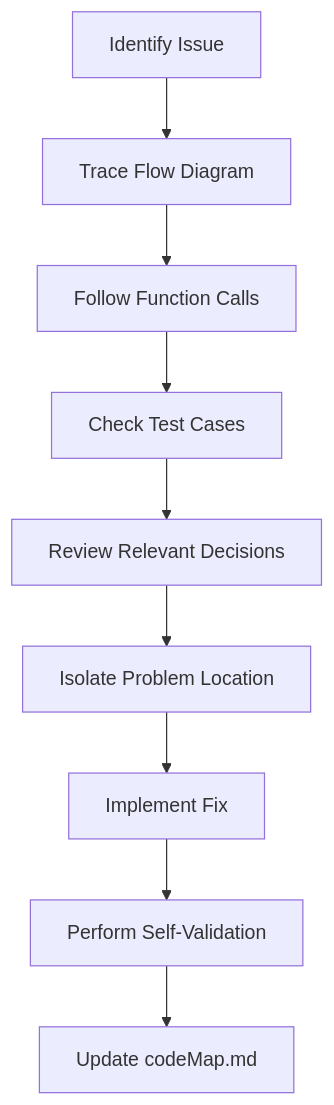
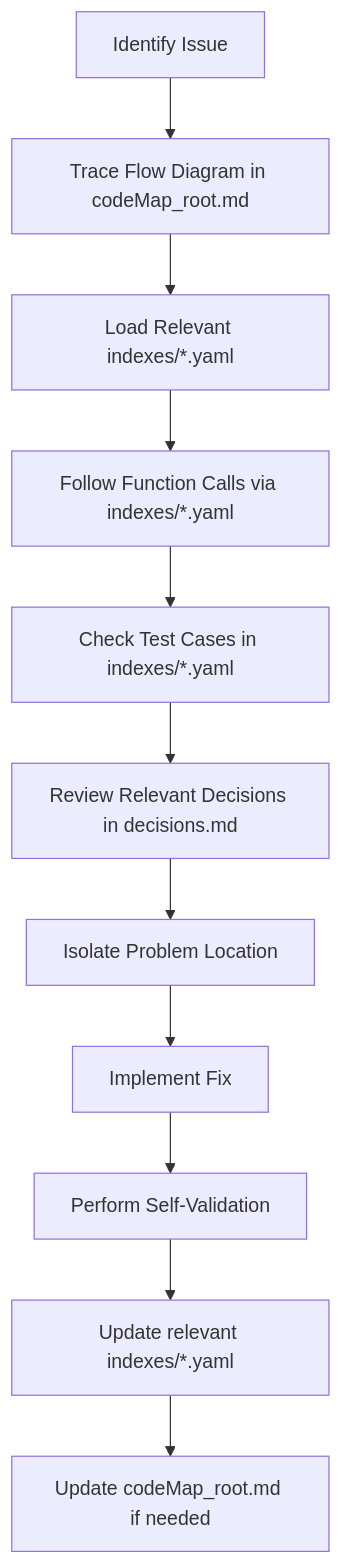
The fifth of 7 diagrams in Prompts/Cursor/memory-bank-with-filetree-prompt.md (freezscholte/AI-Codex), drawn with Mermaid before and after one commit. The commit also changed other lines of this file, not shown here.

````diff
--- a/Prompts/Cursor/memory-bank-with-filetree-prompt.md
+++ b/Prompts/Cursor/memory-bank-with-filetree-prompt.md
@@ -321,11 +342,13 @@
 ```mermaid
 flowchart TD
-    Start[Identify Issue] --> TraceFlow[Trace Flow Diagram]
-    TraceFlow --> FollowCalls[Follow Function Calls]
-    FollowCalls --> CheckTests[Check Test Cases]
-    CheckTests --> ReviewDecisions[Review Relevant Decisions]
+    Start[Identify Issue] --> TraceFlow[Trace Flow Diagram in codeMap_root.md]
+    TraceFlow --> LoadIndex[Load Relevant indexes/*.yaml]
+    LoadIndex --> FollowCalls[Follow Function Calls via indexes/*.yaml]
+    FollowCalls --> CheckTests[Check Test Cases in indexes/*.yaml]
+    CheckTests --> ReviewDecisions[Review Relevant Decisions in decisions.md]
     ReviewDecisions --> IsolateLocation[Isolate Problem Location]
     IsolateLocation --> ImplementFix[Implement Fix]
     ImplementFix --> ValidationCheck[Perform Self-Validation]
-    ValidationCheck --> UpdateMap[Update codeMap.md]
+    ValidationCheck --> UpdateIndex[Update relevant indexes/*.yaml]
+    UpdateIndex --> UpdateRootMap[Update codeMap_root.md if needed]
 ```
````
